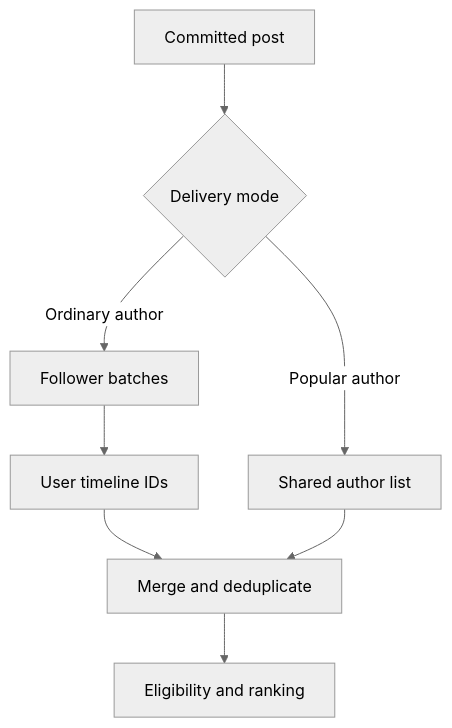
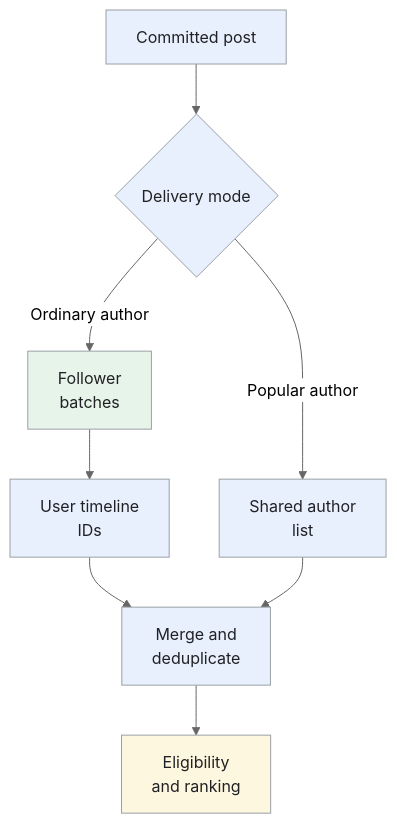
One commit to iliazlobin/iliazlobin.github.io changed the fourth of 4 diagrams in _designs/system-design-instagram.md. Above: the diagram before and after it, drawn with Mermaid (neutral theme). The commit also changed other lines of this file and 131 other files, not shown here.

````diff
--- a/_designs/system-design-instagram.md
+++ b/_designs/system-design-instagram.md
@@ -208,10 +271,16 @@
 ```mermaid
 flowchart TB
   P["Committed post"] --> D{"Delivery mode"}
-  D -->|"Ordinary author"| F["Follower batches"]
-  F --> T["User timeline IDs"]
-  D -->|"Popular author"| A["Shared author list"]
-  T --> M["Merge and deduplicate"]
+  D -->|"Ordinary author"| F["Follower<br>batches"]
+  F --> T["User timeline<br>IDs"]
+  D -->|"Popular author"| A["Shared author<br>list"]
+  T --> M["Merge and<br>deduplicate"]
   A --> M
-  M --> R["Eligibility and ranking"]
+  M --> R["Eligibility<br>and ranking"]
+  classDef request fill:#e8f0fe,stroke:#9aa0a6,color:#202124,stroke-width:1px
+  classDef background fill:#e6f4ea,stroke:#9aa0a6,color:#202124,stroke-width:1px
+  classDef control fill:#fef7e0,stroke:#9aa0a6,color:#202124,stroke-width:1px
+  class P,D,T,A,M request
+  class F background
+  class R control
 ```
````
